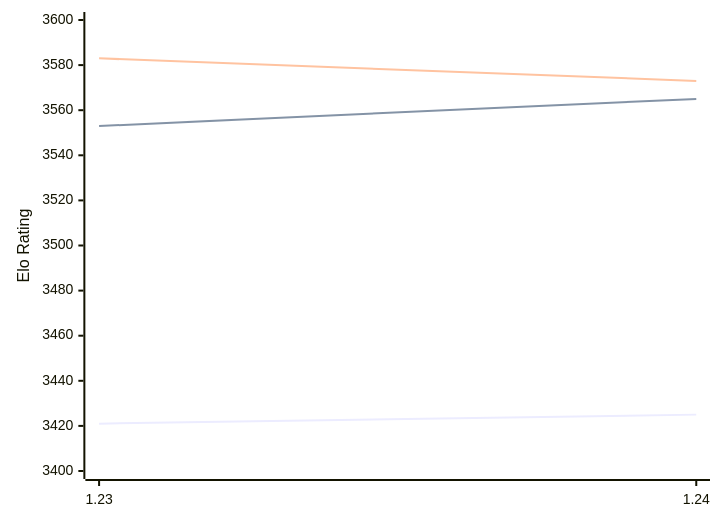
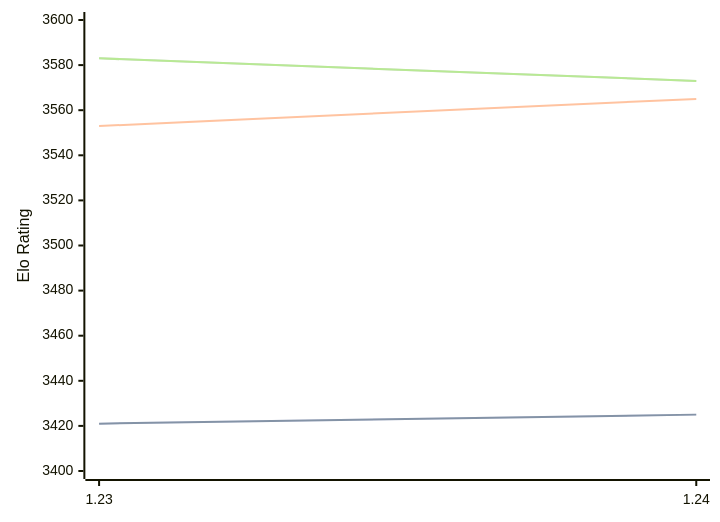
Before and after one commit to computer-chess-index/cci: the diagram in engines/Caissa.md, drawn with Mermaid. The commit also changed other lines of this file, not shown here.

Commit message:
Update CCI Ratings (ELO VLTC) - 2026-02-13

````diff
--- a/engines/Caissa.md
+++ b/engines/Caissa.md
@@ -61,9 +61,11 @@
 ```mermaid
 %%{init: {"theme":"base","themeVariables":{"seriesColors:['#a3a3a3','#222221','#faa371']}}}%%
 xychart-beta
   x-axis ["1.23", "1.24"]
   y-axis "Elo Rating" 3400 --> 3600
   line "STC (8.0+0.08s)" [3421, 3425]
+  line "STC (8.0+0.08s)" [3421, 3425]
   line "LTC (60.0+0.60s)" [3553, 3565]
   line "VLTC (2m24s+1.12s)" [3583, 3573]
+  line "VLTC (2m24s+1.12s)" [3583, 3573]
 ```
````
